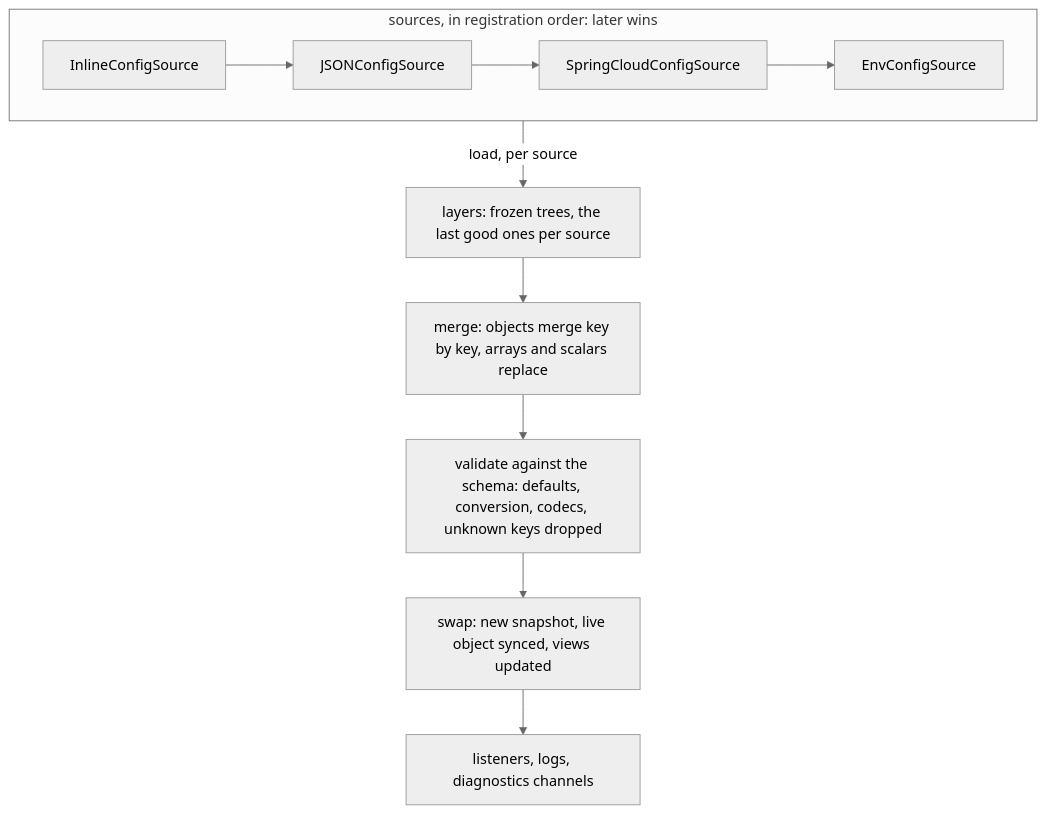
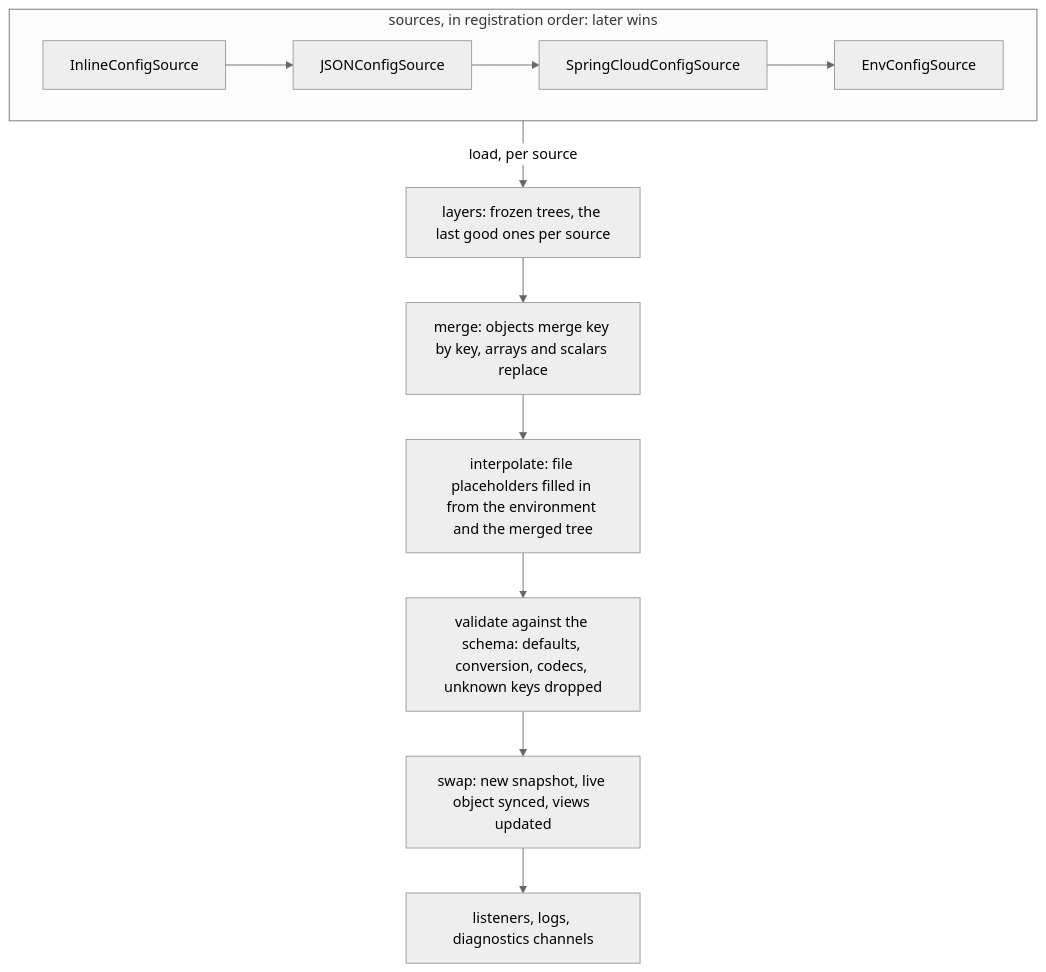
One commit to caffeinejs/caffeine changed the first of 2 diagrams in std/config/README.md. Above: the diagram before and after it, drawn with Mermaid (neutral theme). The commit also changed other lines of this file and 56 other files, not shown here.

````diff
--- a/std/config/README.md
+++ b/std/config/README.md
@@ -34,12 +34,13 @@
 ```mermaid
 flowchart TB
   subgraph S["sources, in registration order: later wins"]
     direction LR
     s1["InlineConfigSource"] --> s2["JSONConfigSource"] --> s3["SpringCloudConfigSource"] --> s4["EnvConfigSource"]
   end
   S -->|"load, per source"| C["layers: frozen trees, the last good ones per source"]
   C --> M["merge: objects merge key by key, arrays and scalars replace"]
-  M --> V["validate against the schema: defaults, conversion, codecs, unknown keys dropped"]
+  M --> I["interpolate: file placeholders filled in from the environment and the merged tree"]
+  I --> V["validate against the schema: defaults, conversion, codecs, unknown keys dropped"]
   V --> W["swap: new snapshot, live object synced, views updated"]
   W --> N["listeners, logs, diagnostics channels"]
 ```
````
